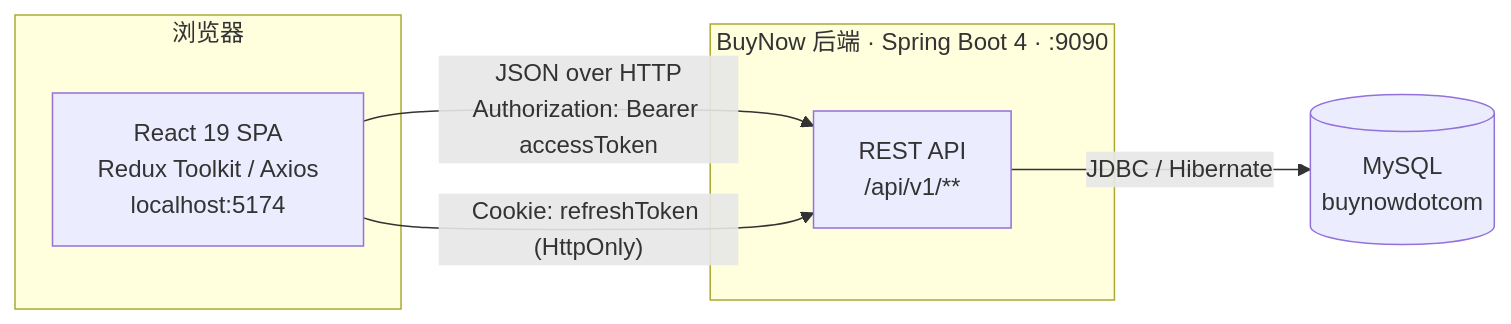
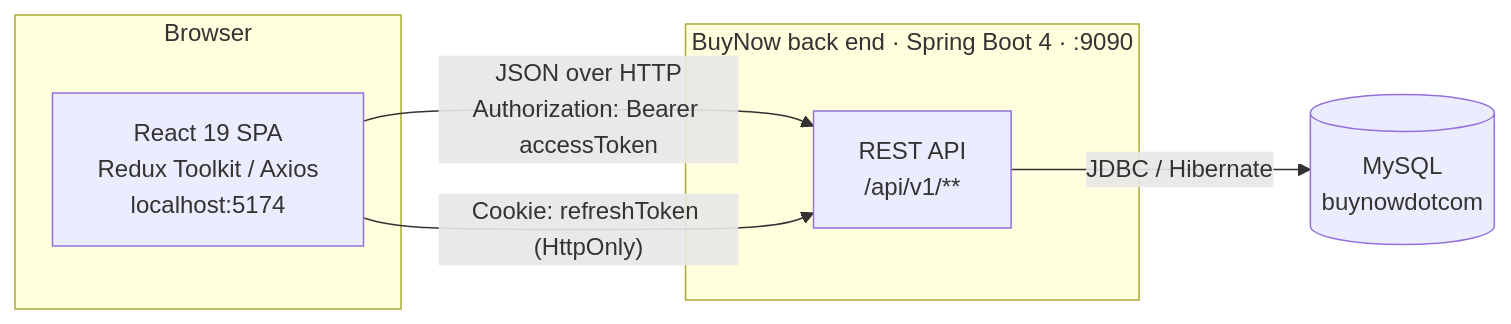
The first of 24 diagrams in DESIGN.md (Chuan-Qiu/buynowdotcom), drawn with Mermaid before and after one commit. The commit also changed other lines of this file and 26 other files, not shown here.

````diff
--- a/DESIGN.md
+++ b/DESIGN.md
@@ -91,16 +90,16 @@
 ```mermaid
 flowchart LR
-    subgraph Client["浏览器"]
+    subgraph Client["Browser"]
         React["React 19 SPA<br/>Redux Toolkit / Axios<br/>localhost:5174"]
     end
 
-    subgraph Server["BuyNow 后端 · Spring Boot 4 · :9090"]
+    subgraph Server["BuyNow back end · Spring Boot 4 · :9090"]
         API["REST API<br/>/api/v1/**"]
     end
 
     DB[("MySQL<br/>buynowdotcom")]
 
     React -- "JSON over HTTP<br/>Authorization: Bearer accessToken" --> API
     React -- "Cookie: refreshToken (HttpOnly)" --> API
     API -- "JDBC / Hibernate" --> DB
 ```
````
